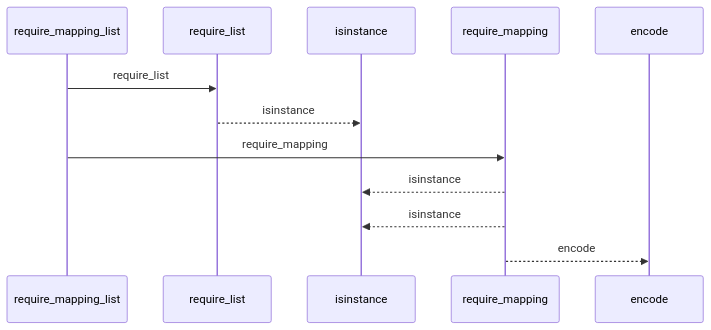
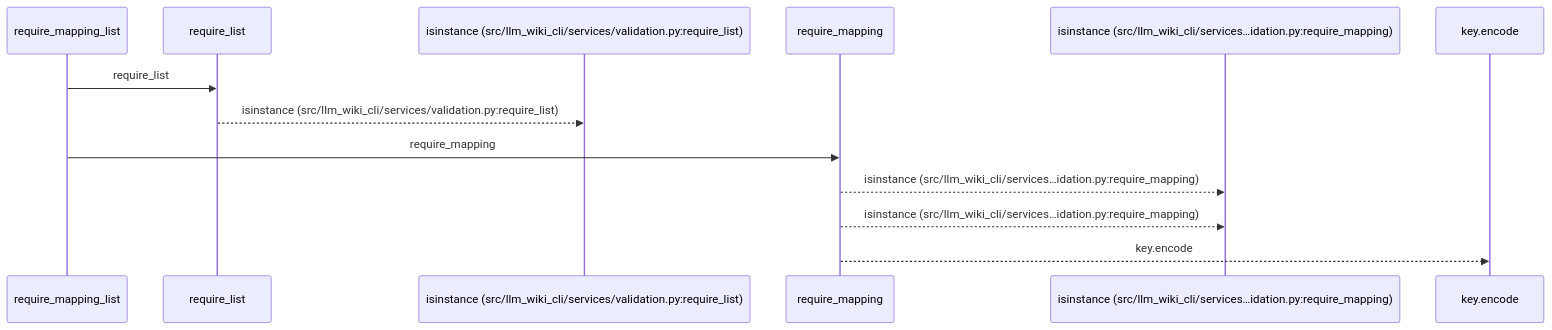
Before and after one commit to Denissvgn/python-wiki-llm: the first of 2 diagrams in docs/llm_wiki/flows/api-require_mapping_list.md, drawn with Mermaid. The commit also changed other lines of this file and 719 other files, not shown here.

````diff
--- a/docs/llm_wiki/flows/api-require_mapping_list.md
+++ b/docs/llm_wiki/flows/api-require_mapping_list.md
@@ -10,14 +10,15 @@
 ```mermaid
 sequenceDiagram
     participant p0 as require_mapping_list
     participant p1 as require_list
-    participant p2 as isinstance
+    participant p2 as isinstance (src/llm_wiki_cli/services/validation.py:require_list)
     participant p3 as require_mapping
-    participant p4 as encode
+    participant p4 as isinstance (src/llm_wiki_cli/services…idation.py:require_mapping)
+    participant p5 as key.encode
     p0->>p1: require_list
-    p1-->>p2: isinstance
+    p1-->>p2: isinstance (src/llm_wiki_cli/services/validation.py:require_list)
     p0->>p3: require_mapping
-    p3-->>p2: isinstance
-    p3-->>p2: isinstance
-    p3-->>p4: encode
+    p3-->>p4: isinstance (src/llm_wiki_cli/services…idation.py:require_mapping)
+    p3-->>p4: isinstance (src/llm_wiki_cli/services…idation.py:require_mapping)
+    p3-->>p5: key.encode
 ```
````
